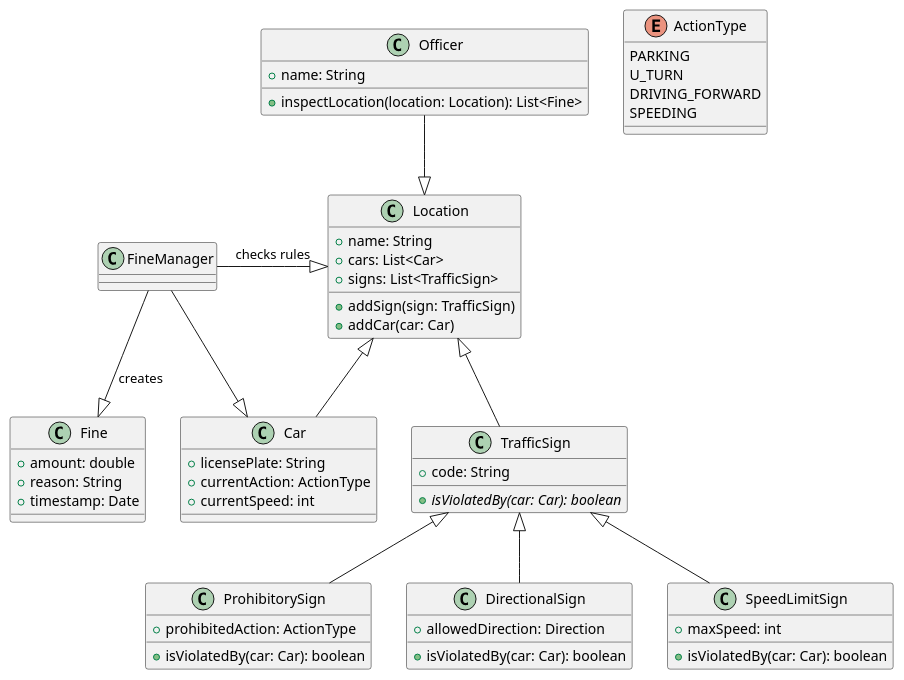
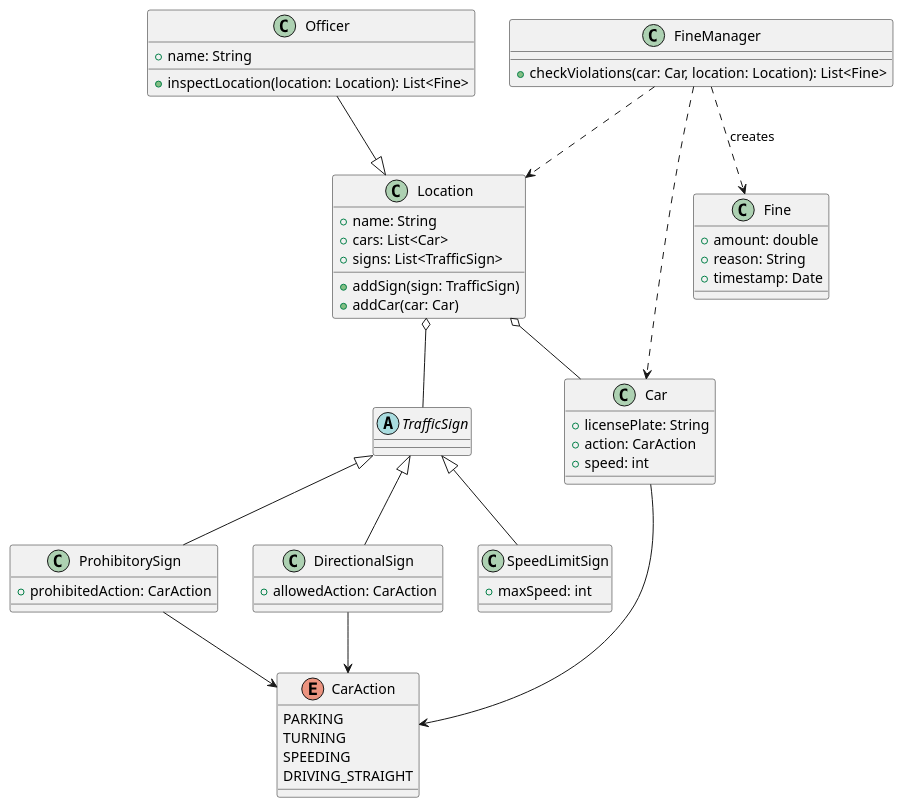
One commit to MujPrvniGutHib/OPR2-REPO changed the diagram in PrstupkyDopravni.puml. Above: the diagram before and after it, drawn with PlantUML. The commit also changed 12 other files, not shown here.

```diff
--- a/PrstupkyDopravni.puml
+++ b/PrstupkyDopravni.puml
@@ -1,68 +1,69 @@
 @startuml
-
-
 
     class Officer {
         + name: String
         + inspectLocation(location: Location): List<Fine>
     }
 
     class Location {
         + name: String
         + cars: List<Car>
         + signs: List<TrafficSign>
         + addSign(sign: TrafficSign)
         + addCar(car: Car)
     }
 
-    class TrafficSign {
-        + code: String
-        + {abstract} isViolatedBy(car: Car): boolean
+    abstract class TrafficSign {
     }
 
     class ProhibitorySign {
-        + prohibitedAction: ActionType
-        + isViolatedBy(car: Car): boolean
+        + prohibitedAction: CarAction
     }
 
     class DirectionalSign {
-        + allowedDirection: Direction
-        + isViolatedBy(car: Car): boolean
+        + allowedAction: CarAction
     }
 
     class SpeedLimitSign {
         + maxSpeed: int
-        + isViolatedBy(car: Car): boolean
     }
 
     class Car {
         + licensePlate: String
-        + currentAction: ActionType
-        + currentSpeed: int
+        + action: CarAction
+        + speed: int
     }
 
-    enum ActionType {
+    enum CarAction {
         PARKING
-        U_TURN
-        DRIVING_FORWARD
+        TURNING
         SPEEDING
+        DRIVING_STRAIGHT
     }
 
     class Fine {
         + amount: double
         + reason: String
         + timestamp: Date
     }
 
+    class FineManager {
+        + checkViolations(car: Car, location: Location): List<Fine>
+    }
+
     Officer --|> Location
-    Location <|-- TrafficSign
-    Location <|-- Car
+    Location o-- Car
+    Location o-- TrafficSign
     TrafficSign <|-- ProhibitorySign
     TrafficSign <|-- DirectionalSign
     TrafficSign <|-- SpeedLimitSign
-    FineManager --|> Fine : creates
-    FineManager --|> Car
-    FineManager -|> Location : checks rules
 
+    FineManager ..> Fine : creates
+    FineManager ..> Car
+    FineManager ..> Location
+
+    Car --> CarAction
+    ProhibitorySign --> CarAction
+    DirectionalSign --> CarAction
 
 @enduml
```
